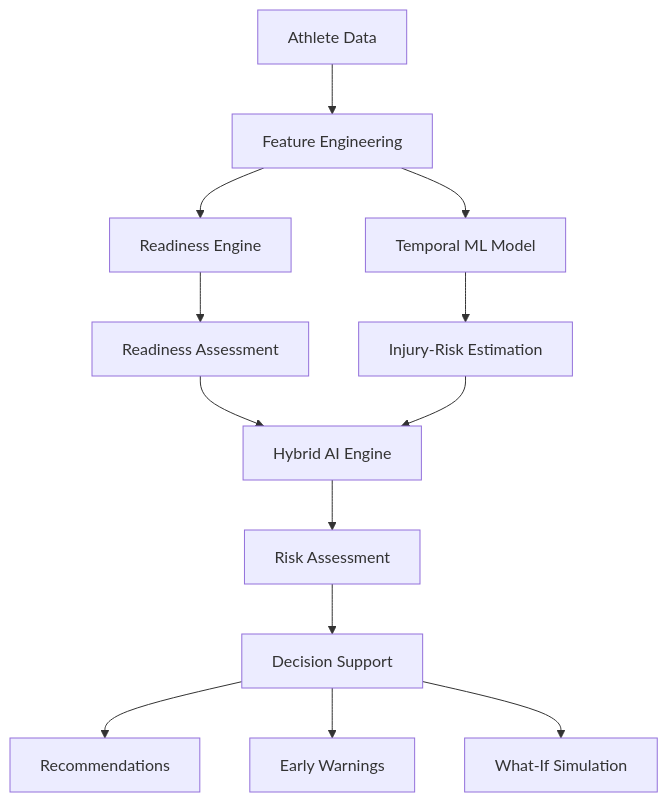
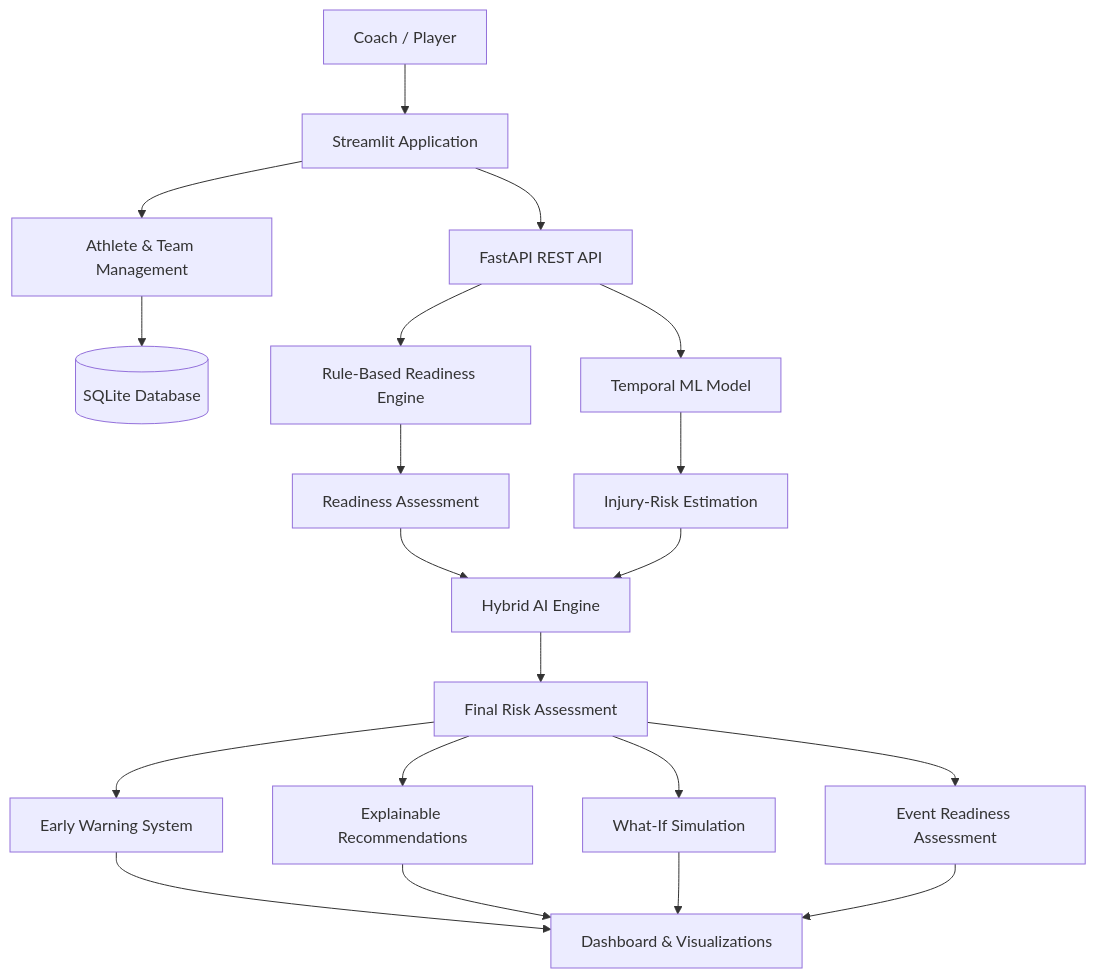
The diagram in README.md (hanan-alharbi-cs/AIRA), drawn with Mermaid before and after one commit. The commit also changed other lines of this file, not shown here.

````diff
--- a/README.md
+++ b/README.md
@@ -173,20 +333,30 @@
 ```mermaid
 flowchart TD
-    A["Athlete Data"] --> B["Feature Engineering"]
+    A["Coach / Player"] --> B["Streamlit Application"]
 
-    B --> C["Readiness Engine"]
-    B --> D["Temporal ML Model"]
+    B --> C["Athlete & Team Management"]
+    B --> D["FastAPI REST API"]
 
-    C --> E["Readiness Assessment"]
-    D --> F["Injury-Risk Estimation"]
+    C --> E[("SQLite Database")]
 
-    E --> G["Hybrid AI Engine"]
-    F --> G
+    D --> F["Rule-Based Readiness Engine"]
+    D --> G["Temporal ML Model"]
 
-    G --> H["Risk Assessment"]
-    H --> I["Decision Support"]
+    F --> H["Readiness Assessment"]
+    G --> I["Injury-Risk Estimation"]
 
-    I --> J["Recommendations"]
-    I --> K["Early Warnings"]
-    I --> L["What-If Simulation"]
+    H --> J["Hybrid AI Engine"]
+    I --> J
+
+    J --> K["Final Risk Assessment"]
+
+    K --> L["Early Warning System"]
+    K --> M["Explainable Recommendations"]
+    K --> N["What-If Simulation"]
+    K --> O["Event Readiness Assessment"]
+
+    L --> P["Dashboard & Visualizations"]
+    M --> P
+    N --> P
+    O --> P
 ```
````
